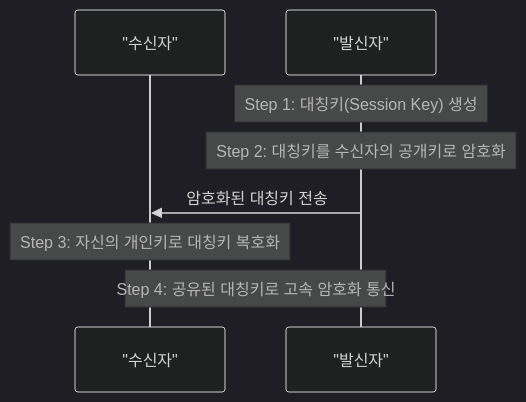
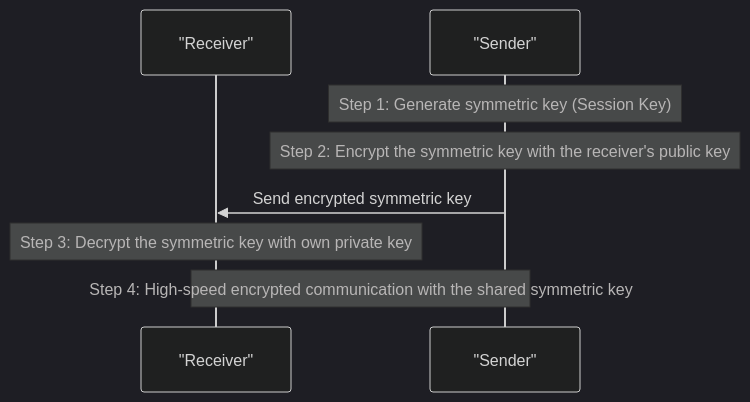
The second of 5 diagrams in content/security/01-foundation/14-ca-and-root-ca.md (jeonck/k8s-adv), drawn with Mermaid (dark theme) before and after one commit. The commit also changed other lines of this file and 223 other files, not shown here.

````diff
--- a/content/security/01-foundation/14-ca-and-root-ca.md
+++ b/content/security/01-foundation/14-ca-and-root-ca.md
@@ -38,11 +38,11 @@
 ```mermaid
 sequenceDiagram
-    participant S as "수신자"
-    participant R as "발신자"
+    participant S as "Receiver"
+    participant R as "Sender"
     
-    Note over R: Step 1: 대칭키(Session Key) 생성
-    Note over R: Step 2: 대칭키를 수신자의 공개키로 암호화
-    R->>S: 암호화된 대칭키 전송
-    Note over S: Step 3: 자신의 개인키로 대칭키 복호화
-    Note over R,S: Step 4: 공유된 대칭키로 고속 암호화 통신
+    Note over R: Step 1: Generate symmetric key (Session Key)
+    Note over R: Step 2: Encrypt the symmetric key with the receiver's public key
+    R->>S: Send encrypted symmetric key
+    Note over S: Step 3: Decrypt the symmetric key with own private key
+    Note over R,S: Step 4: High-speed encrypted communication with the shared symmetric key
 ```
````
